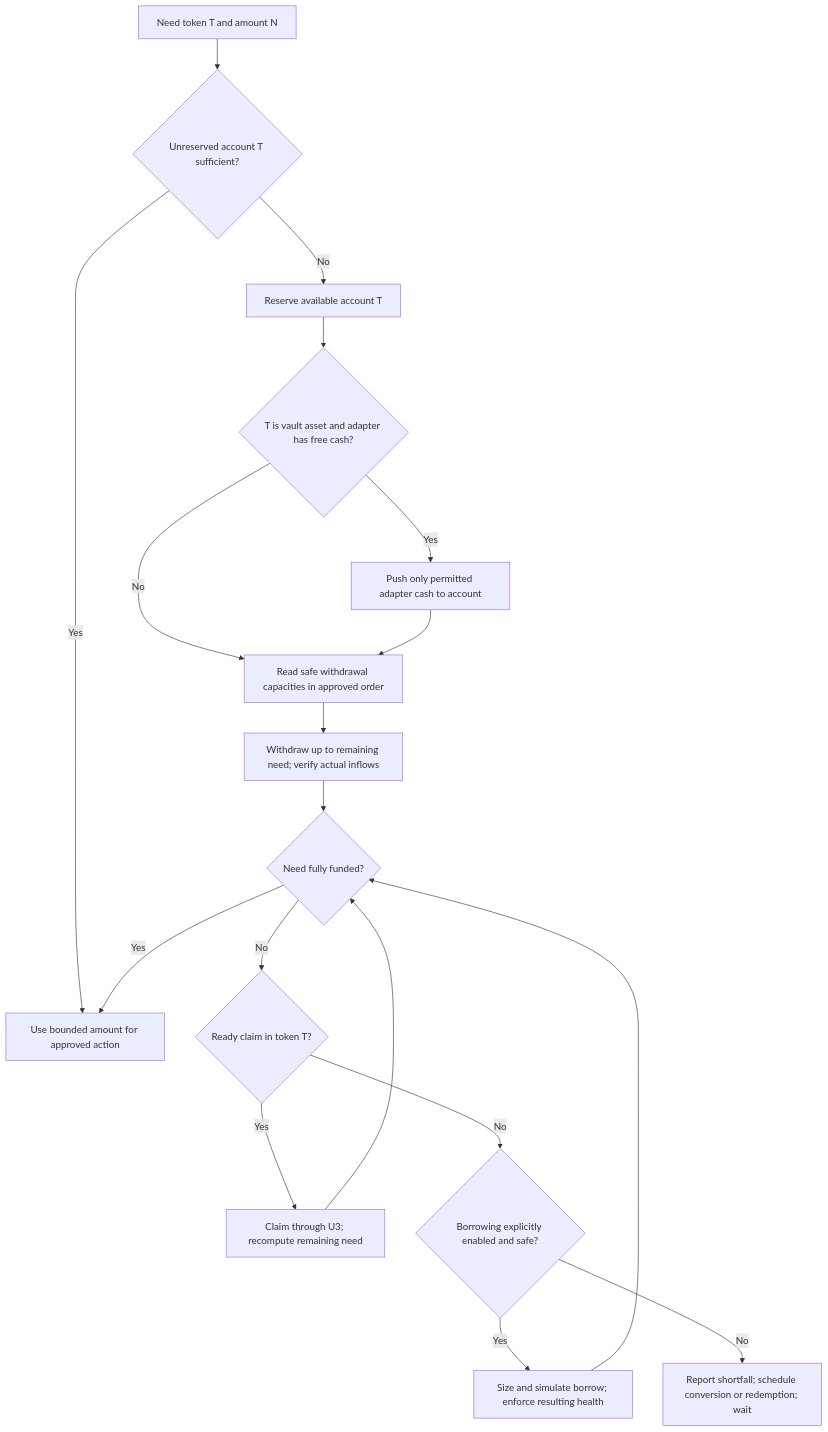
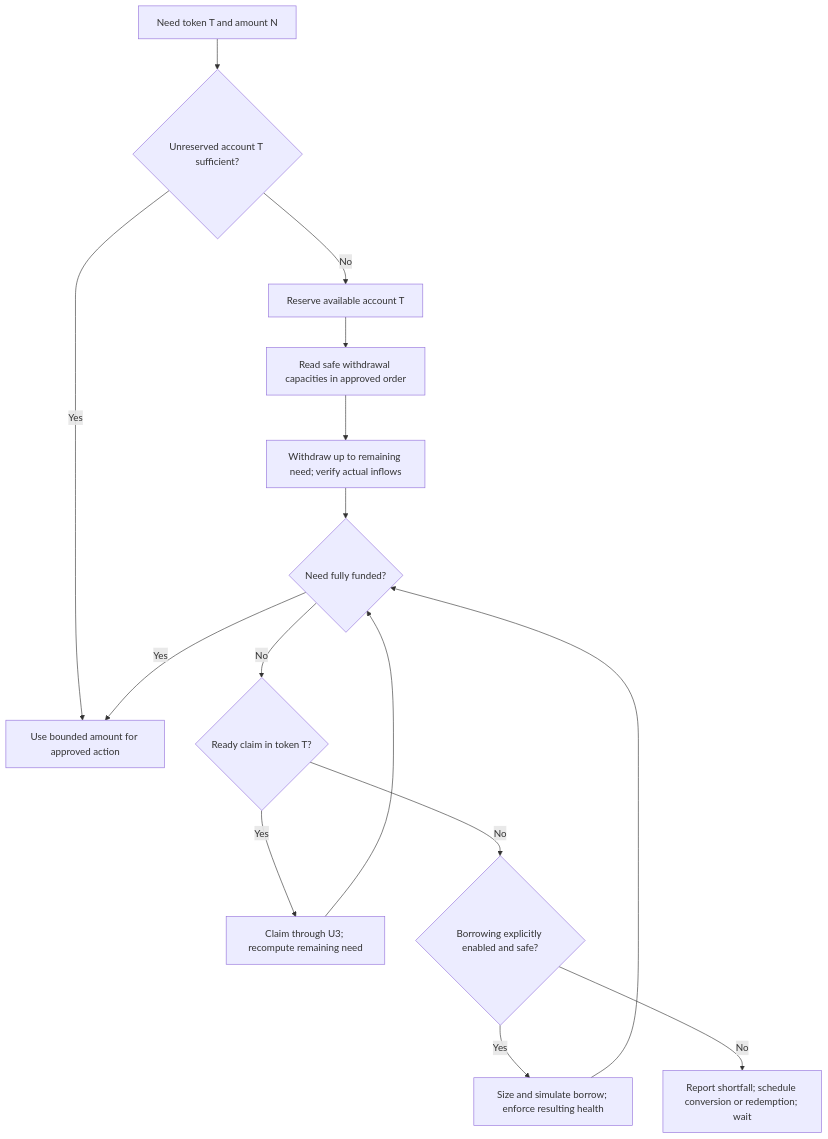
The first of 20 diagrams in docs/MERKLE-AUTOMATION-STRATEGIES.md (symbioticfi/adapters), drawn with Mermaid before and after one commit. The commit also changed other lines of this file and 3 other files, not shown here.

Commit message:
NO-TASK Remove obsolete adapter push guidance.

````diff
--- a/docs/MERKLE-AUTOMATION-STRATEGIES.md
+++ b/docs/MERKLE-AUTOMATION-STRATEGIES.md
@@ -101,20 +101,17 @@
 ```mermaid
 flowchart TD
     A["Need token T and amount N"] --> B{"Unreserved account T sufficient?"}
     B -- Yes --> Z["Use bounded amount for approved action"]
     B -- No --> C["Reserve available account T"]
-    C --> D{"T is vault asset and adapter has free cash?"}
-    D -- Yes --> E["Push only permitted adapter cash to account"]
-    D -- No --> F["Read safe withdrawal capacities in approved order"]
-    E --> F
+    C --> F["Read safe withdrawal capacities in approved order"]
     F --> G["Withdraw up to remaining need; verify actual inflows"]
     G --> H{"Need fully funded?"}
     H -- Yes --> Z
     H -- No --> I{"Ready claim in token T?"}
     I -- Yes --> J["Claim through U3; recompute remaining need"]
     J --> H
     I -- No --> K{"Borrowing explicitly enabled and safe?"}
     K -- Yes --> L["Size and simulate borrow; enforce resulting health"]
     L --> H
     K -- No --> M["Report shortfall; schedule conversion or redemption; wait"]
 ```
````
